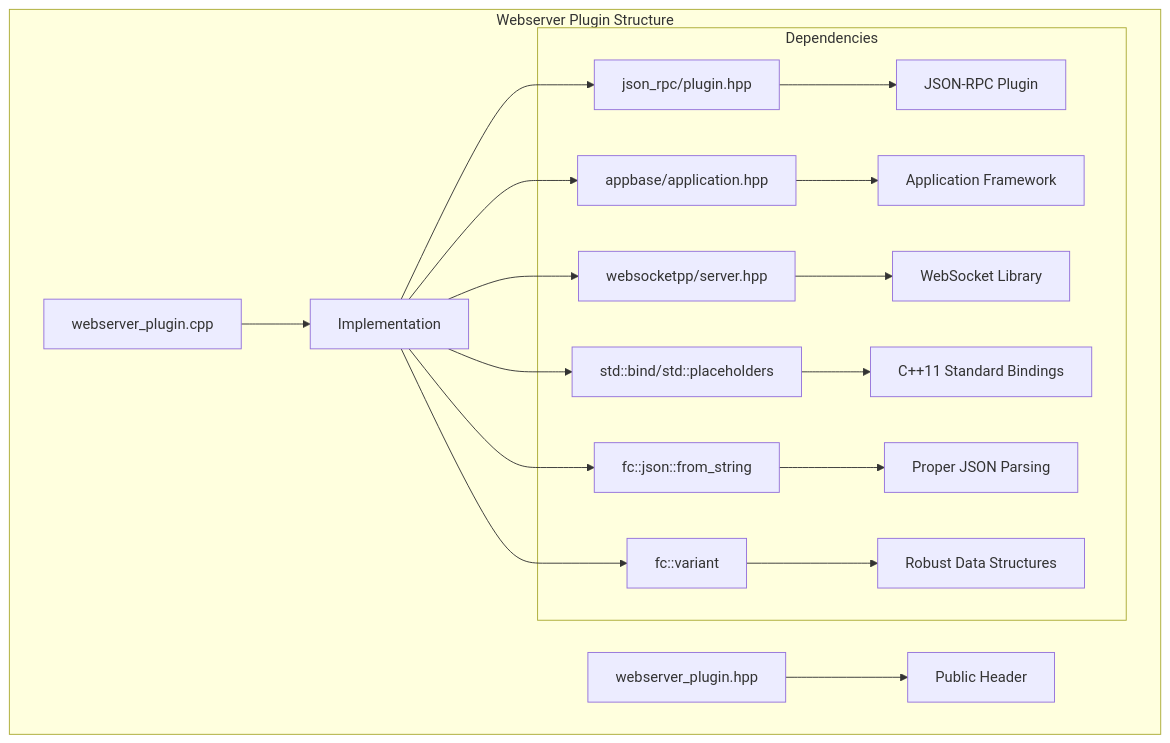
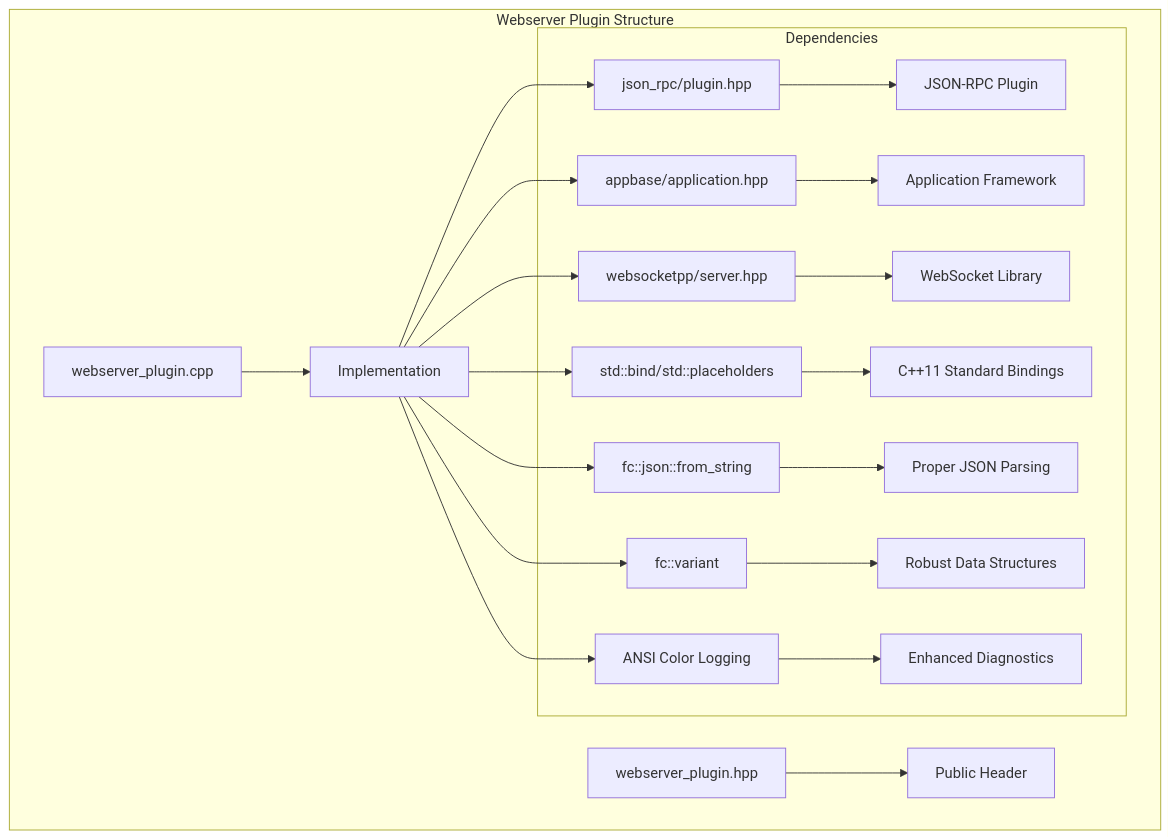
Before and after one commit to VIZ-Blockchain/viz-cpp-node: the first of 13 diagrams in .qoder/repowiki/en/content/Webserver Plugin.md, drawn with Mermaid. The commit also changed other lines of this file and 9 other files, not shown here.

````diff
--- a/.qoder/repowiki/en/content/Webserver Plugin.md
+++ b/.qoder/repowiki/en/content/Webserver Plugin.md
@@ -47,21 +44,23 @@
 ```mermaid
 graph TB
 subgraph "Webserver Plugin Structure"
 A[webserver_plugin.hpp] --> B[Public Header]
 C[webserver_plugin.cpp] --> D[Implementation]
 subgraph "Dependencies"
 E[json_rpc/plugin.hpp] --> F[JSON-RPC Plugin]
 G[appbase/application.hpp] --> H[Application Framework]
 I[websocketpp/server.hpp] --> J[WebSocket Library]
 K[std::bind/std::placeholders] --> L[C++11 Standard Bindings]
 M[fc::json::from_string] --> N[Proper JSON Parsing]
 O[fc::variant] --> P[Robust Data Structures]
+Q[ANSI Color Logging] --> R[Enhanced Diagnostics]
 end
 D --> E
 D --> G
 D --> I
 D --> K
 D --> M
 D --> O
+D --> Q
 end
 ```
````
